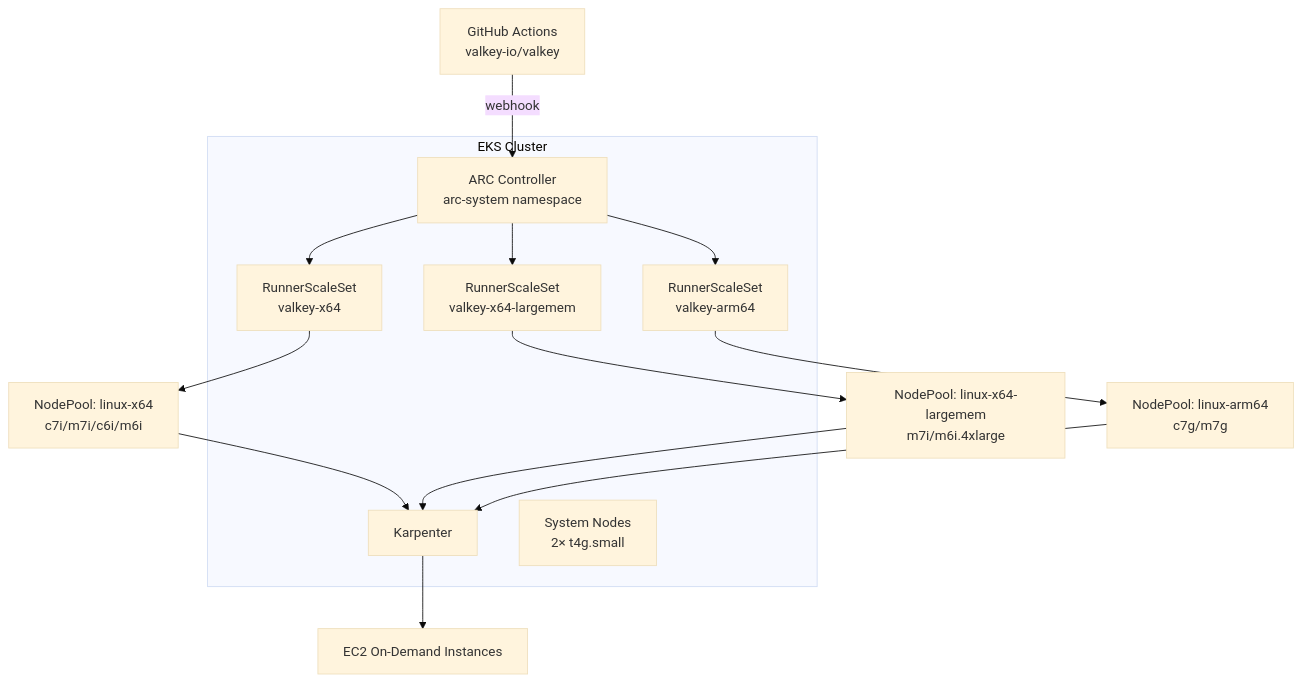
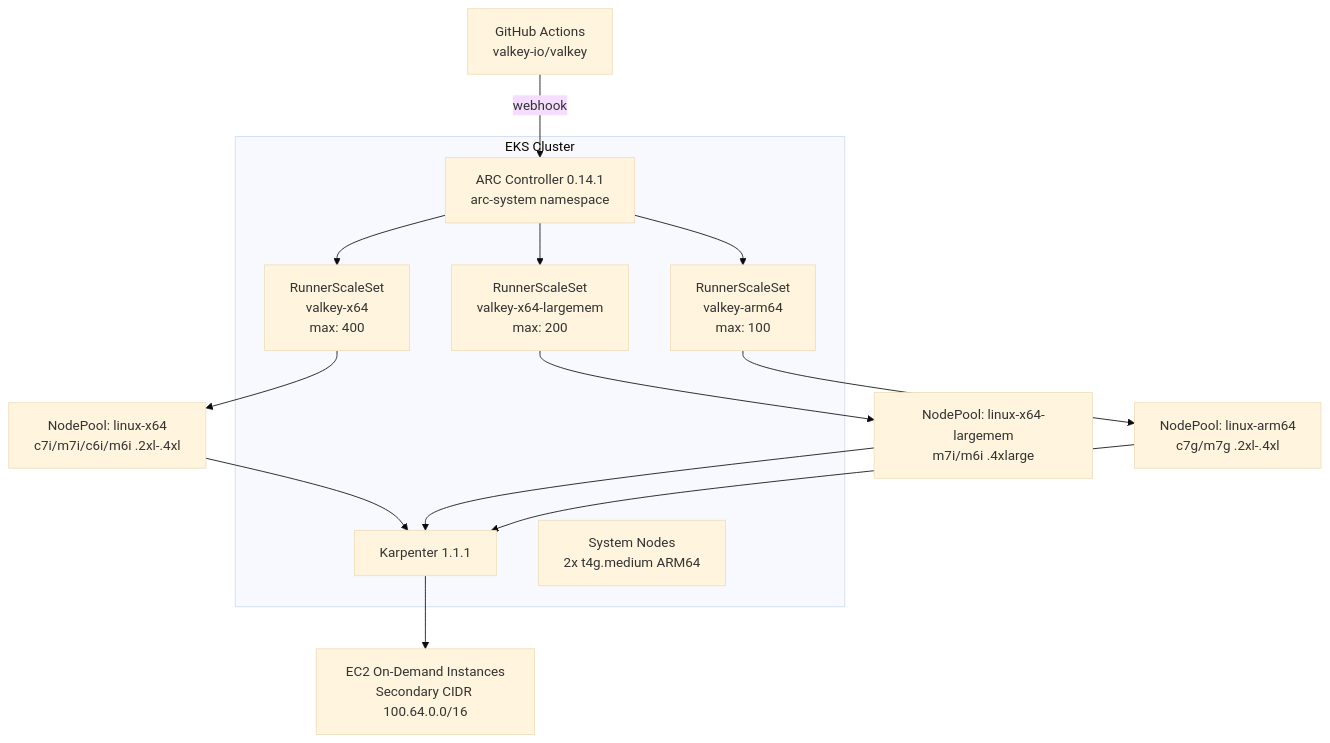
The diagram in README.md (roshkhatri/valkey-arc-runners), drawn with Mermaid (base theme) before and after one commit. The commit also changed other lines of this file and 3 other files, not shown here.

````diff
--- a/README.md
+++ b/README.md
@@ -114,27 +16,27 @@
 ```mermaid
 graph TB
-    GH[GitHub Actions<br/>valkey-io/valkey] -->|webhook| ARC[ARC Controller<br/>arc-system namespace]
+    GH[GitHub Actions<br/>valkey-io/valkey] -->|webhook| ARC[ARC Controller 0.14.1<br/>arc-system namespace]
 
-    ARC --> RSS1[RunnerScaleSet<br/>valkey-x64]
-    ARC --> RSS2[RunnerScaleSet<br/>valkey-x64-largemem]
-    ARC --> RSS3[RunnerScaleSet<br/>valkey-arm64]
+    ARC --> RSS1[RunnerScaleSet<br/>valkey-x64<br/>max: 400]
+    ARC --> RSS2[RunnerScaleSet<br/>valkey-x64-largemem<br/>max: 200]
+    ARC --> RSS3[RunnerScaleSet<br/>valkey-arm64<br/>max: 100]
 
-    RSS1 --> NP1[NodePool: linux-x64<br/>c7i/m7i/c6i/m6i]
-    RSS2 --> NP2[NodePool: linux-x64-largemem<br/>m7i/m6i.4xlarge]
-    RSS3 --> NP3[NodePool: linux-arm64<br/>c7g/m7g]
+    RSS1 --> NP1[NodePool: linux-x64<br/>c7i/m7i/c6i/m6i .2xl-.4xl]
+    RSS2 --> NP2[NodePool: linux-x64-largemem<br/>m7i/m6i .4xlarge]
+    RSS3 --> NP3[NodePool: linux-arm64<br/>c7g/m7g .2xl-.4xl]
 
-    NP1 --> KP[Karpenter]
+    NP1 --> KP[Karpenter 1.1.1]
     NP2 --> KP
     NP3 --> KP
 
-    KP --> EC2[EC2 On-Demand Instances]
+    KP --> EC2[EC2 On-Demand Instances<br/>Secondary CIDR 100.64.0.0/16]
 
     subgraph EKS Cluster
         ARC
         RSS1
         RSS2
         RSS3
         KP
-        SYS[System Nodes<br/>2× t4g.small]
+        SYS[System Nodes<br/>2x t4g.medium ARM64]
     end
 ```
````
